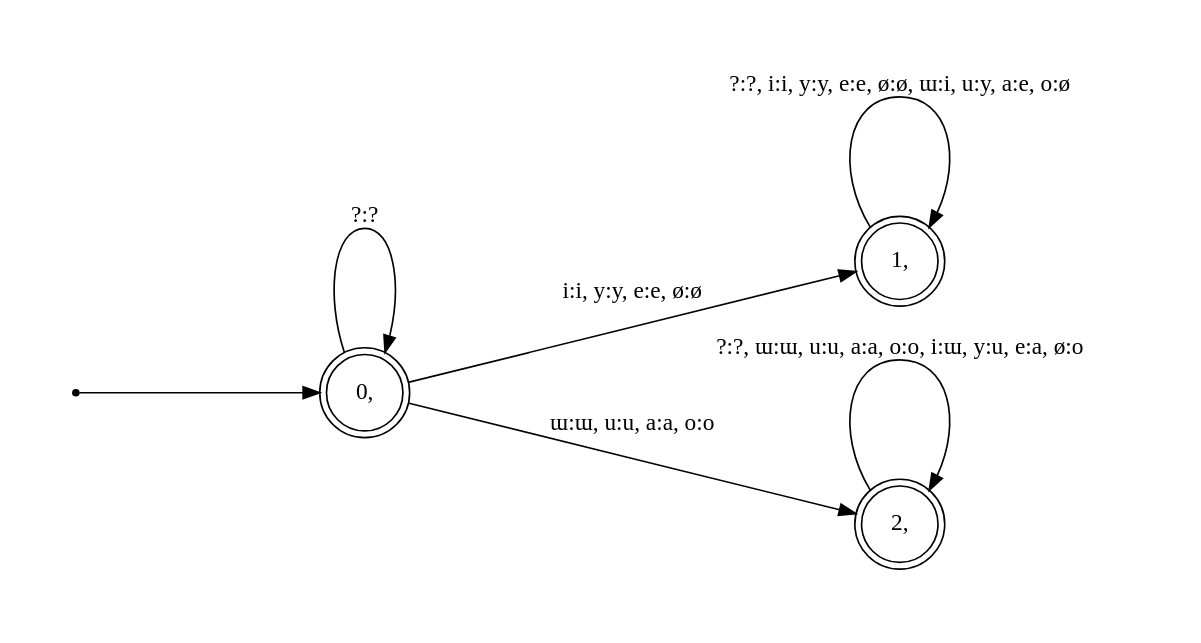
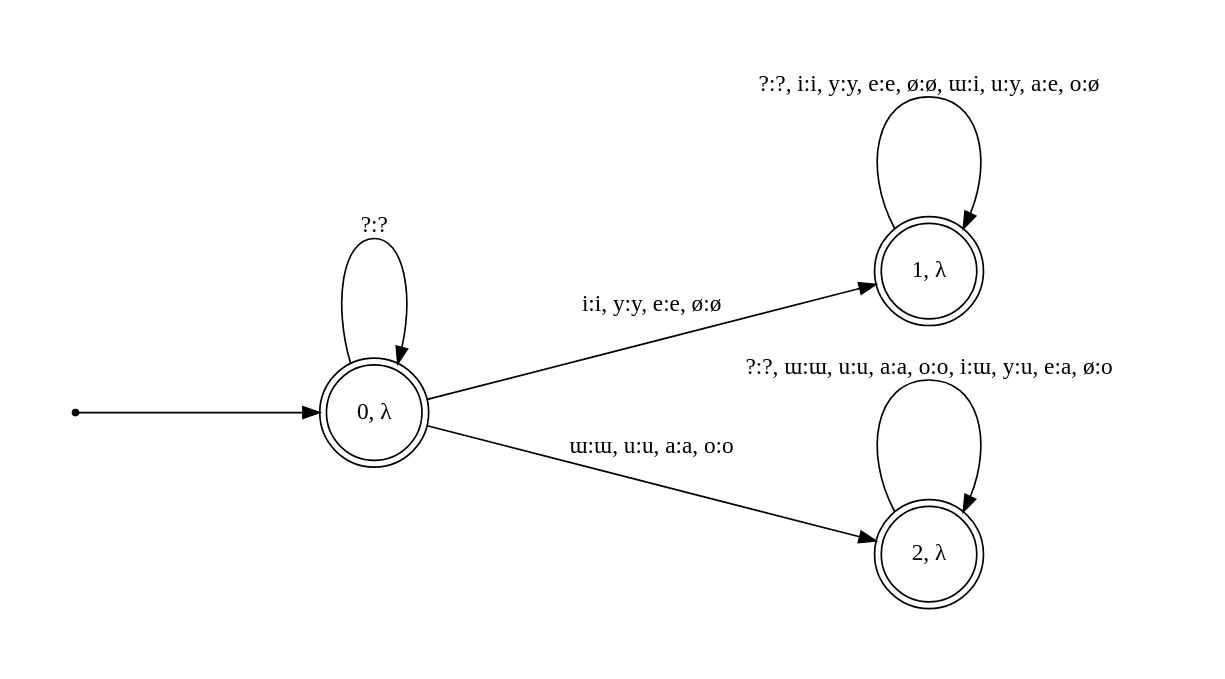
Before and after one commit to ishtiaque06/vh-fst: the diagram in illustrations/Tuvan backness harmony.gv, drawn with Graphviz. The commit also changed 19 other files, not shown here.

```diff
--- a/illustrations/Tuvan backness harmony.gv
+++ b/illustrations/Tuvan backness harmony.gv
@@ -1,17 +1,17 @@
 digraph fst {
 	graph [pad="0.5", nodesep="1", ranksep="2"];
 	rankdir=LR;
 	size="10,10";
 	node [shape = point]; start;
 	node [shape = doublecircle];
-		"0, ";
-		"1, ";
-		"2, ";
+		"0, λ";
+		"1, λ";
+		"2, λ";
 
-	"0, " ->	"0, " [ label = "?:?" ];
-	"1, " ->	"1, " [ label = "?:?, i:i, y:y, e:e, ø:ø, ɯ:i, u:y, a:e, o:ø" ];
-	"2, " ->	"2, " [ label = "?:?, ɯ:ɯ, u:u, a:a, o:o, i:ɯ, y:u, e:a, ø:o" ];
-	"0, " ->	"1, " [ label = "i:i, y:y, e:e, ø:ø" ];
-	"0, " ->	"2, " [ label = "ɯ:ɯ, u:u, a:a, o:o" ];
-	start -> "0, ";
+	"0, λ" ->	"0, λ" [ label = "?:?" ];
+	"1, λ" ->	"1, λ" [ label = "?:?, i:i, y:y, e:e, ø:ø, ɯ:i, u:y, a:e, o:ø" ];
+	"2, λ" ->	"2, λ" [ label = "?:?, ɯ:ɯ, u:u, a:a, o:o, i:ɯ, y:u, e:a, ø:o" ];
+	"0, λ" ->	"1, λ" [ label = "i:i, y:y, e:e, ø:ø" ];
+	"0, λ" ->	"2, λ" [ label = "ɯ:ɯ, u:u, a:a, o:o" ];
+	start -> "0, λ";
 }
```
